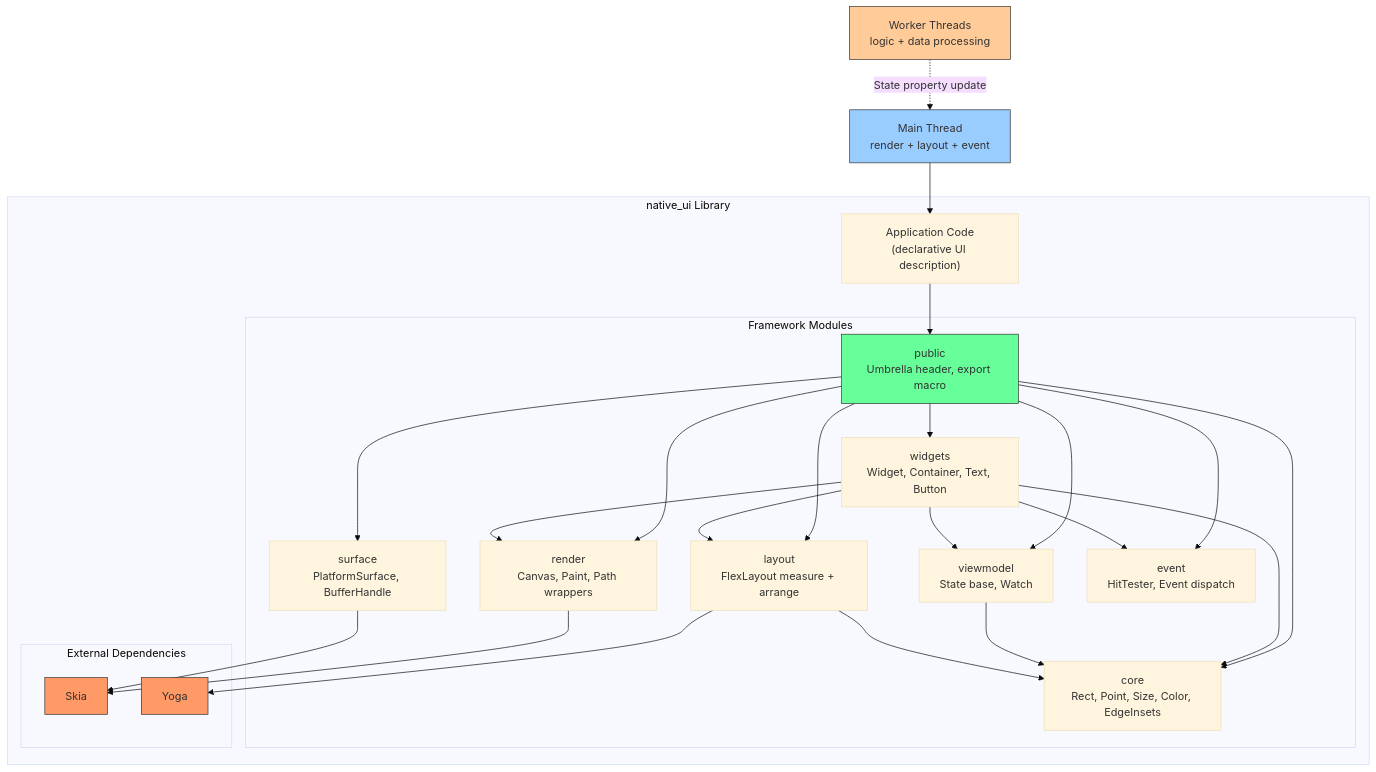
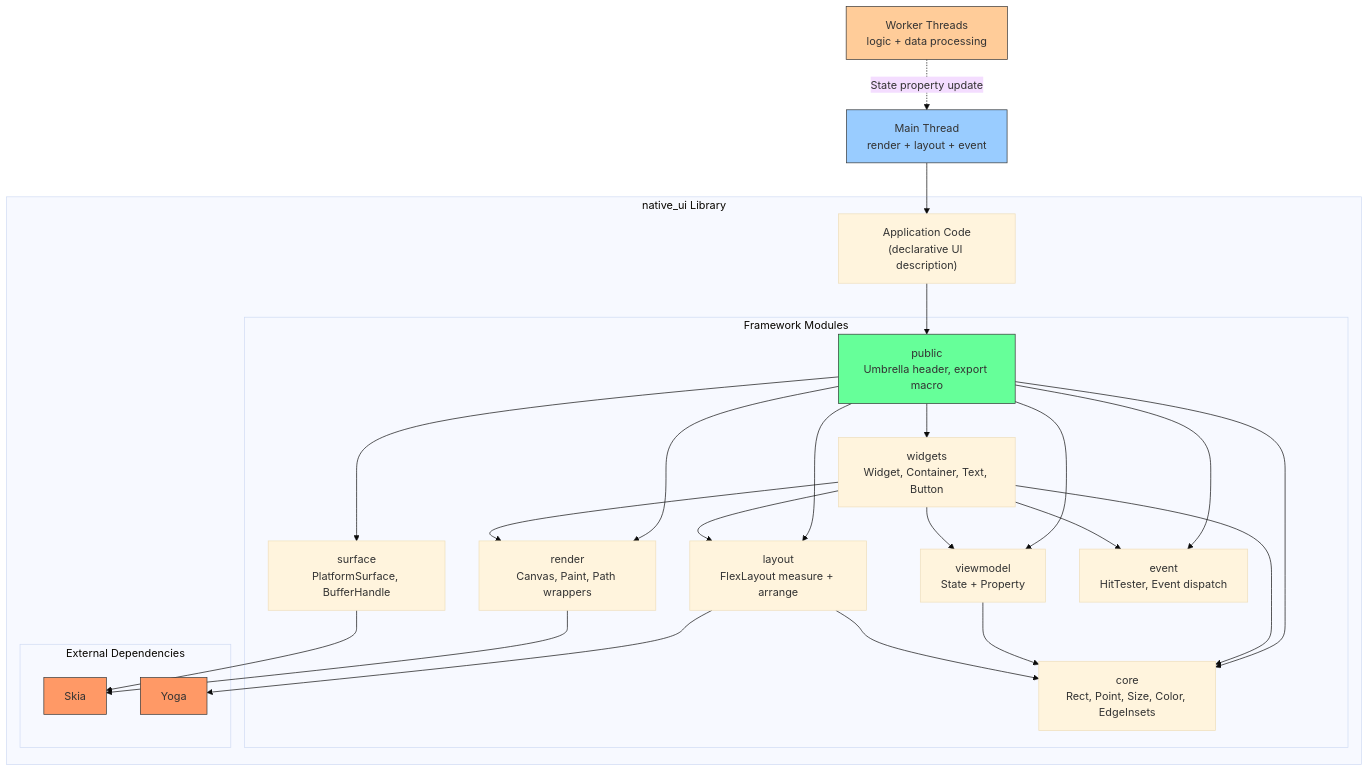
One commit to oxsource/native_ui changed the first of 7 diagrams in specs/002-architecture-engineering-design/plan.md. Above: the diagram before and after it, drawn with Mermaid (base theme). The commit also changed other lines of this file and 9 other files, not shown here.

````diff
--- a/specs/002-architecture-engineering-design/plan.md
+++ b/specs/002-architecture-engineering-design/plan.md
@@ -110,53 +110,53 @@
 ```mermaid
 graph TD
     subgraph "native_ui Library"
         APP["Application Code<br/>(declarative UI description)"]
         
         subgraph "Framework Modules"
             CORE["core<br/>Rect, Point, Size, Color, EdgeInsets"]
             LAYOUT["layout<br/>FlexLayout measure + arrange"]
             RENDER["render<br/>Canvas, Paint, Path wrappers"]
             SURFACE["surface<br/>PlatformSurface, BufferHandle"]
             WIDGETS["widgets<br/>Widget, Container, Text, Button"]
-            VIEWMODEL["viewmodel<br/>State base, Watch"]
+            VIEWMODEL["viewmodel<br/>State + Property<T>"]
             EVENT["event<br/>HitTester, Event dispatch"]
             PUBLIC["public<br/>Umbrella header, export macro"]
         end
         
         subgraph "External Dependencies"
             SKIA["Skia"]
             YOGA["Yoga"]
         end
         
         APP --> PUBLIC
         PUBLIC --> WIDGETS
         PUBLIC --> VIEWMODEL
         PUBLIC --> LAYOUT
         PUBLIC --> RENDER
         PUBLIC --> EVENT
         PUBLIC --> SURFACE
         PUBLIC --> CORE
         WIDGETS --> CORE
         WIDGETS --> VIEWMODEL
         WIDGETS --> LAYOUT
         WIDGETS --> RENDER
         WIDGETS --> EVENT
         VIEWMODEL --> CORE
         LAYOUT --> CORE
         LAYOUT --> YOGA
         RENDER --> SKIA
         SURFACE --> SKIA
     end
 
     MT["Main Thread<br/>render + layout + event"]
     WT["Worker Threads<br/>logic + data processing"]
 
     MT --> APP
     WT -.->|State property update| MT
 
     style SKIA fill:#f96,stroke:#333
     style YOGA fill:#f96,stroke:#333
     style PUBLIC fill:#6f9,stroke:#333
     style MT fill:#9cf,stroke:#333
     style WT fill:#fc9,stroke:#333
 ```
````
